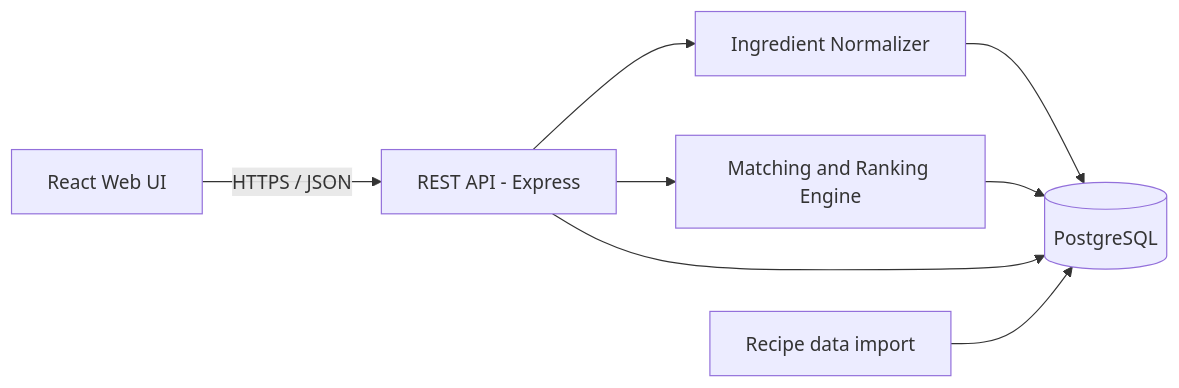
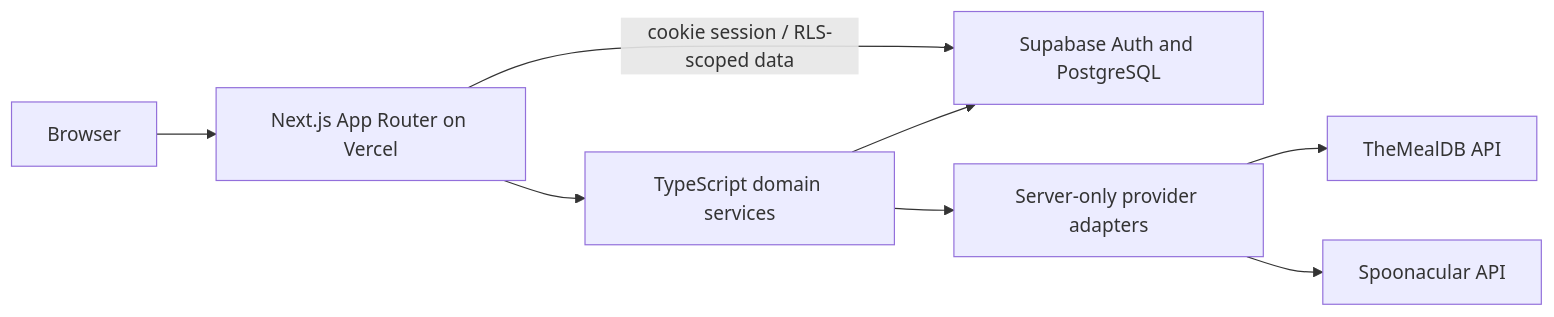
One commit to jannatwin/cookmatch-recipe-recommender changed the diagram in Integration.md. Above: the diagram before and after it, drawn with Mermaid. The commit also changed other lines of this file and 59 other files, not shown here.

````diff
--- a/Integration.md
+++ b/Integration.md
@@ -13,10 +7,10 @@
 ```mermaid
 flowchart LR
-    UI[React Web UI] -->|HTTPS / JSON| API[REST API - Express]
-    API --> NORM[Ingredient Normalizer]
-    API --> MATCH[Matching and Ranking Engine]
-    NORM --> DB[(PostgreSQL)]
-    MATCH --> DB
-    API --> DB
-    SEED[Recipe data import] --> DB
+  B[Browser] --> N[Next.js App Router on Vercel]
+  N -->|cookie session / RLS-scoped data| S[Supabase Auth and PostgreSQL]
+  N --> D[TypeScript domain services]
+  D --> S
+  D --> P[Server-only provider adapters]
+  P --> T[TheMealDB API]
+  P --> SP[Spoonacular API]
 ```
````
